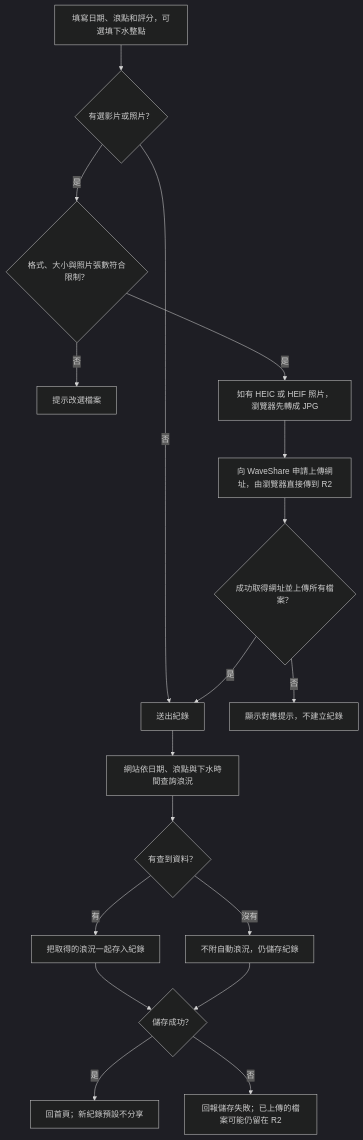
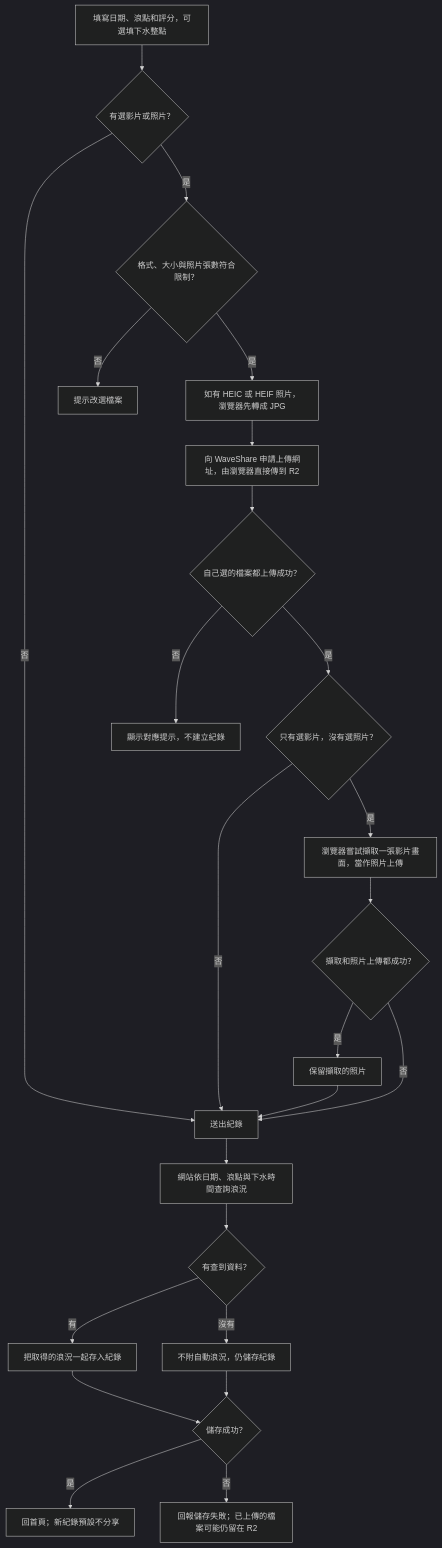
One commit to ChristingChang/waveshare changed the second of 7 diagrams in docs/flows.md. Above: the diagram before and after it, drawn with Mermaid (dark theme). The commit also changed other lines of this file and 4 other files, not shown here.

Commit message:
docs: 補充分享圖卡與影片自動擷取照片

````diff
--- a/docs/flows.md
+++ b/docs/flows.md
@@ -31,20 +31,26 @@
 ```mermaid
 flowchart TD
     A["填寫日期、浪點和評分，可選填下水整點"] --> B{"有選影片或照片？"}
     B -->|否| I["送出紀錄"]
     B -->|是| C{"格式、大小與照片張數符合限制？"}
     C -->|否| D["提示改選檔案"]
     C -->|是| E["如有 HEIC 或 HEIF 照片，瀏覽器先轉成 JPG"]
     E --> G["向 WaveShare 申請上傳網址，由瀏覽器直接傳到 R2"]
-    G --> H{"成功取得網址並上傳所有檔案？"}
+    G --> H{"自己選的檔案都上傳成功？"}
     H -->|否| F["顯示對應提示，不建立紀錄"]
-    H -->|是| I
+    H -->|是| Q{"只有選影片，沒有選照片？"}
+    Q -->|否| I
+    Q -->|是| R["瀏覽器嘗試擷取一張影片畫面，當作照片上傳"]
+    R --> S{"擷取和照片上傳都成功？"}
+    S -->|是| T["保留擷取的照片"]
+    S -->|否| I
+    T --> I
     I --> M["網站依日期、浪點與下水時間查詢浪況"]
     M --> N{"有查到資料？"}
     N -->|有| O["把取得的浪況一起存入紀錄"]
     N -->|沒有| P["不附自動浪況，仍儲存紀錄"]
     O --> J{"儲存成功？"}
     P --> J
     J -->|是| K["回首頁；新紀錄預設不分享"]
     J -->|否| L["回報儲存失敗；已上傳的檔案可能仍留在 R2"]
 ```
````
